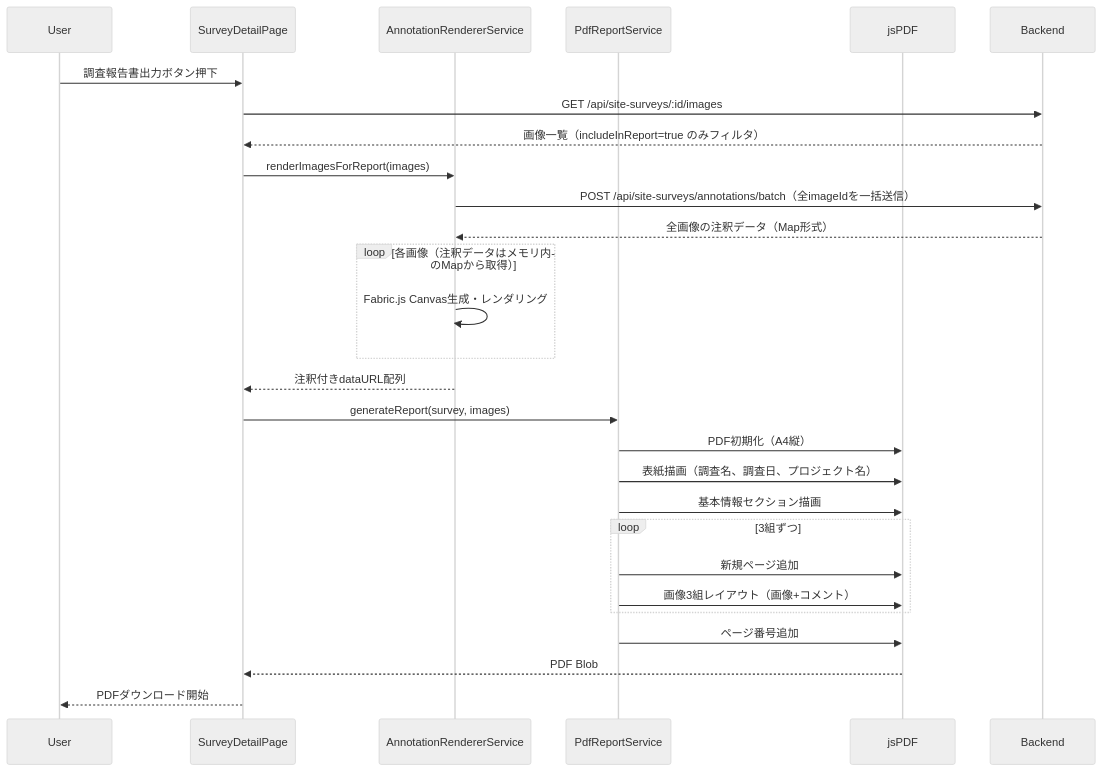
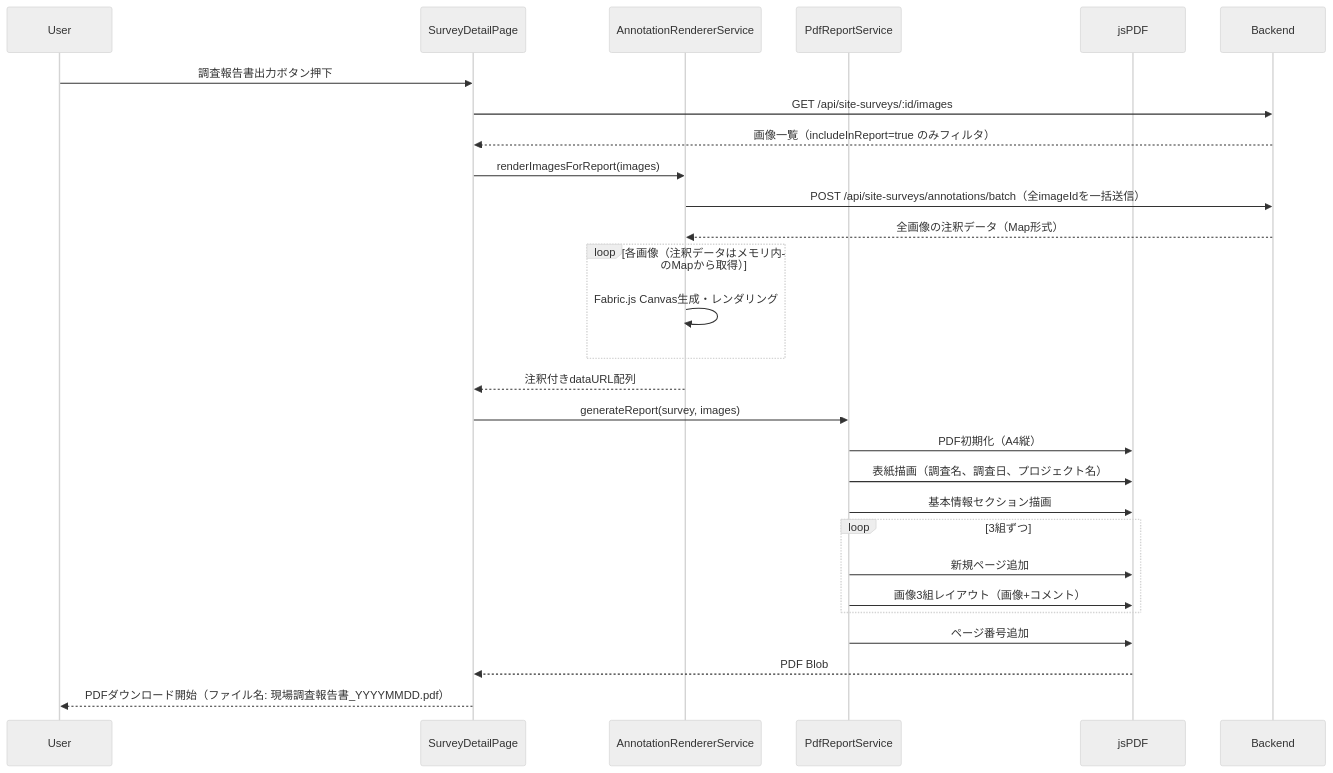
One commit to inakanou/ArchiTrack changed the seventh of 10 diagrams in .kiro/specs/site-survey/design.md. Above: the diagram before and after it, drawn with Mermaid (neutral theme). The commit also changed other lines of this file and 7 other files, not shown here.

First line of the commit message:
feat: 調査報告書PDFファイル名を「現場調査報告書_YYYYMMDD.pdf」形式に変更

````diff
--- a/.kiro/specs/site-survey/design.md
+++ b/.kiro/specs/site-survey/design.md
@@ -352,37 +352,37 @@
 ```mermaid
 sequenceDiagram
     participant User
     participant SurveyDetailPage
     participant AnnotationRendererService
     participant PdfReportService
     participant jsPDF
     participant Backend
 
     User->>SurveyDetailPage: 調査報告書出力ボタン押下
     SurveyDetailPage->>Backend: GET /api/site-surveys/:id/images
     Backend-->>SurveyDetailPage: 画像一覧（includeInReport=true のみフィルタ）
 
     SurveyDetailPage->>AnnotationRendererService: renderImagesForReport(images)
     AnnotationRendererService->>Backend: POST /api/site-surveys/annotations/batch（全imageIdを一括送信）
     Backend-->>AnnotationRendererService: 全画像の注釈データ（Map形式）
 
     loop 各画像（注釈データはメモリ内のMapから取得）
         AnnotationRendererService->>AnnotationRendererService: Fabric.js Canvas生成・レンダリング
     end
 
     AnnotationRendererService-->>SurveyDetailPage: 注釈付きdataURL配列
 
     SurveyDetailPage->>PdfReportService: generateReport(survey, images)
     PdfReportService->>jsPDF: PDF初期化（A4縦）
     PdfReportService->>jsPDF: 表紙描画（調査名、調査日、プロジェクト名）
     PdfReportService->>jsPDF: 基本情報セクション描画
 
     loop 3組ずつ
         PdfReportService->>jsPDF: 新規ページ追加
         PdfReportService->>jsPDF: 画像3組レイアウト（画像+コメント）
     end
 
     PdfReportService->>jsPDF: ページ番号追加
     jsPDF-->>SurveyDetailPage: PDF Blob
-    SurveyDetailPage-->>User: PDFダウンロード開始
+    SurveyDetailPage-->>User: PDFダウンロード開始（ファイル名: 現場調査報告書_YYYYMMDD.pdf）
 ```
````
